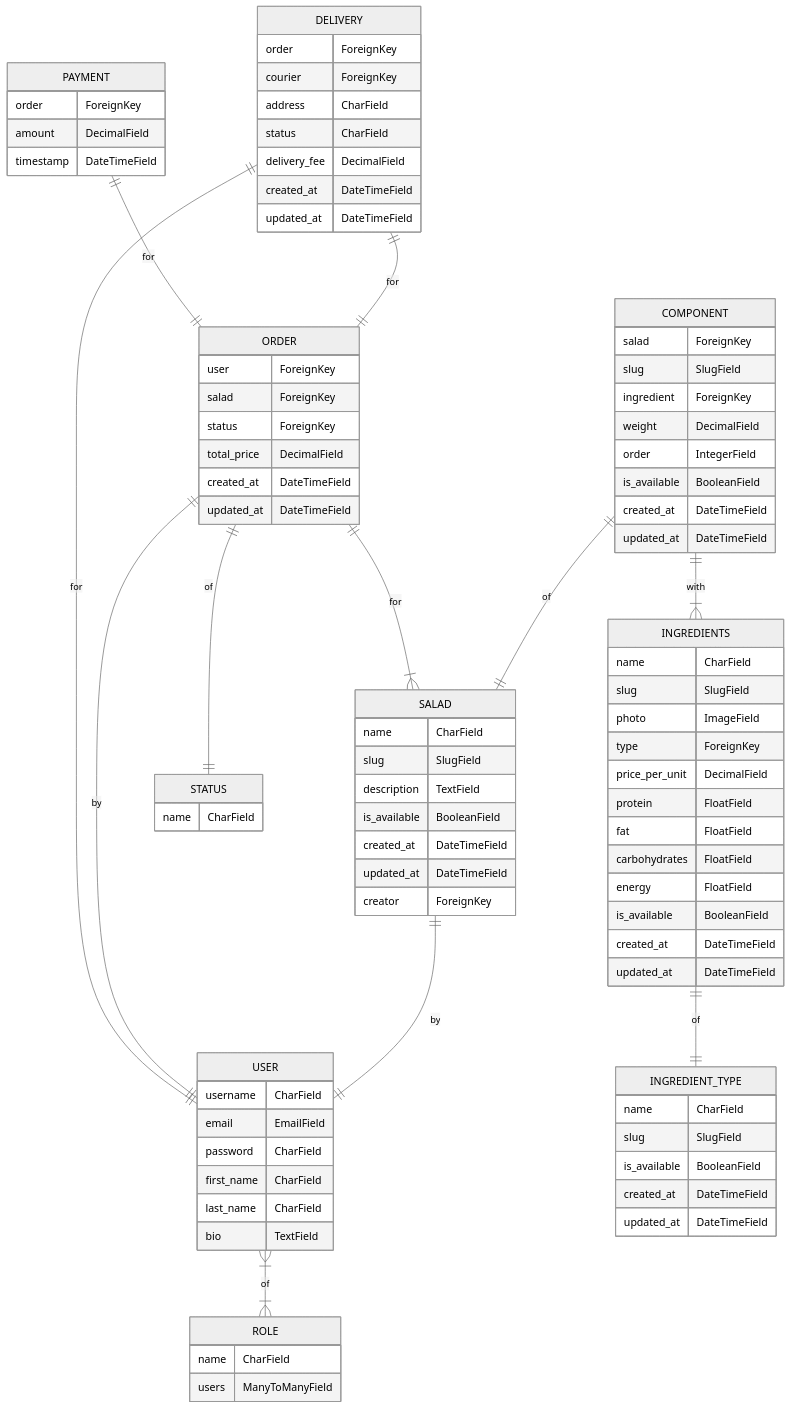
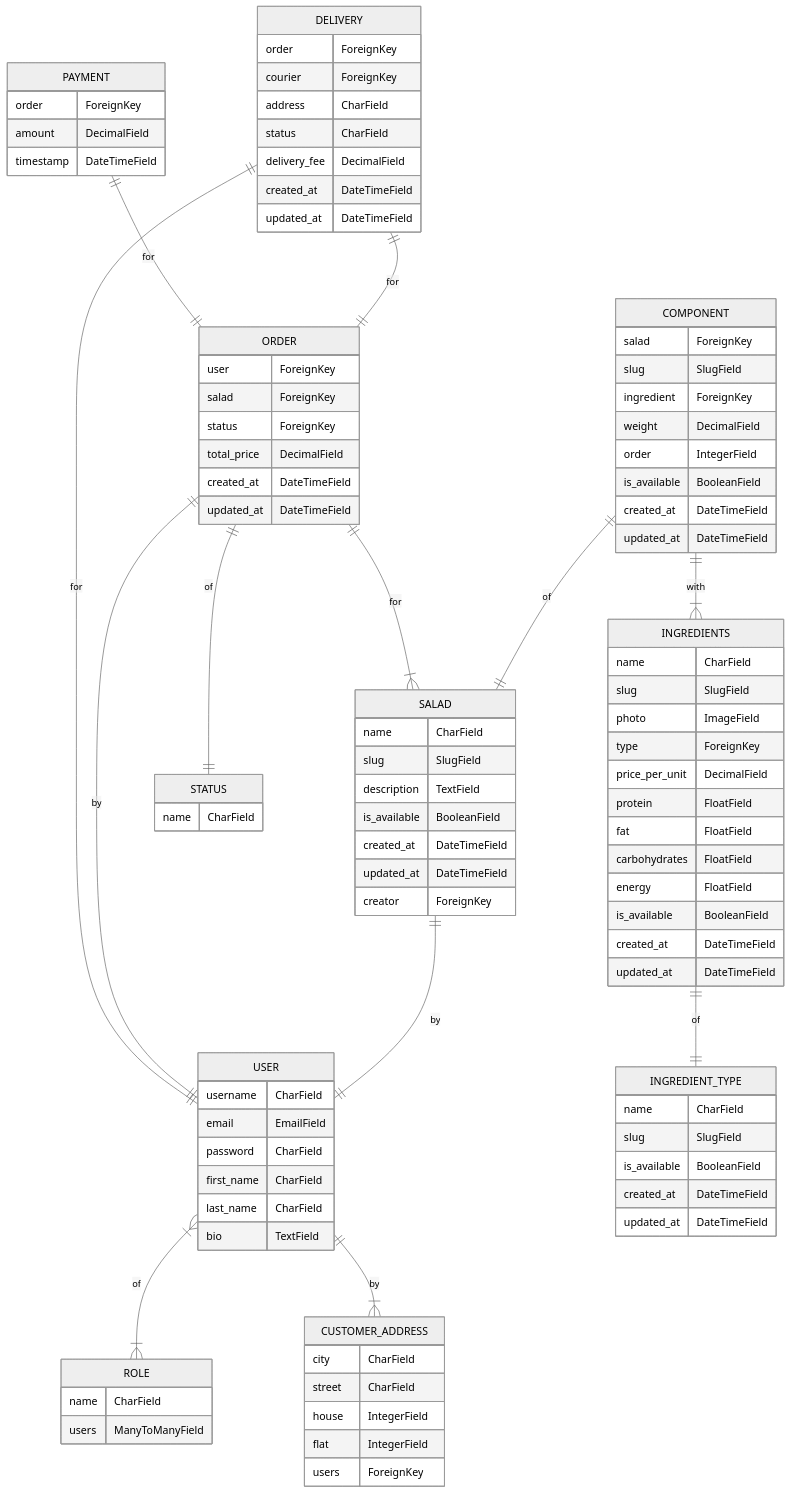
Before and after one commit to ya-yura/salatik: the first of 3 diagrams in README.md, drawn with Mermaid (neutral theme). The commit also changed other lines of this file, not shown here.

````diff
--- a/README.md
+++ b/README.md
@@ -295,6 +295,13 @@
     ROLE {
         name CharField
         users ManyToManyField
+    }
+    CUSTOMER_ADDRESS {
+        city CharField
+        street CharField
+        house IntegerField
+        flat IntegerField
+        users ForeignKey
     }
     INGREDIENT_TYPE {
         name CharField
@@ -373,4 +380,5 @@
     SALAD ||--|| USER : by
     INGREDIENTS ||--|| INGREDIENT_TYPE : of
     USER }|--|{ ROLE : of
+    USER ||--|{ CUSTOMER_ADDRESS : by
 ```
````
